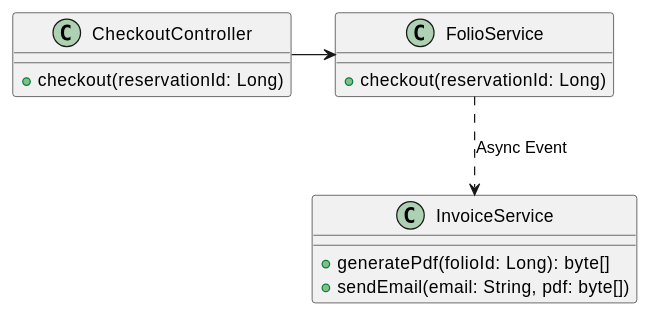
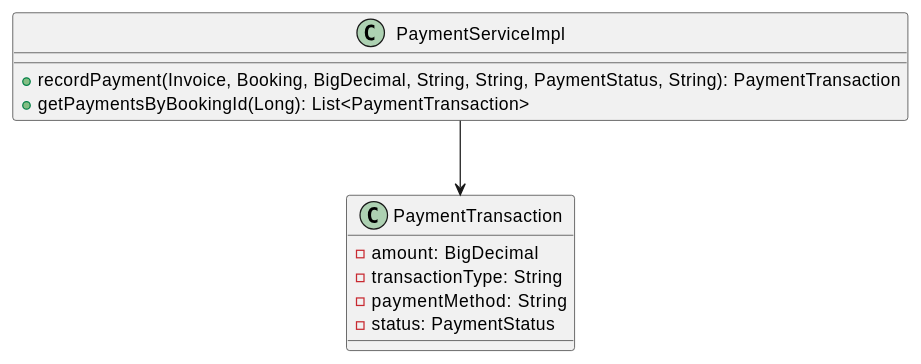
Before and after one commit to Luuxinhxinh/hoanien-resort: the first of 4 diagrams in 06-Testing/mod5_finance/uc25/EDS_uc25_SPEC.md, drawn with PlantUML. The commit also changed other lines of this file and 29 other files, not shown here.

````diff
--- a/06-Testing/mod5_finance/uc25/EDS_uc25_SPEC.md
+++ b/06-Testing/mod5_finance/uc25/EDS_uc25_SPEC.md
@@ -98,19 +78,15 @@
 ```plantuml
 @startuml
-class CheckoutController {
-  +checkout(reservationId: Long)
+class PaymentServiceImpl {
+  + recordPayment(Invoice, Booking, BigDecimal, String, String, PaymentStatus, String): PaymentTransaction
+  + getPaymentsByBookingId(Long): List<PaymentTransaction>
 }
-
-class FolioService {
-  +checkout(reservationId: Long)
+class PaymentTransaction {
+  - amount: BigDecimal
+  - transactionType: String
+  - paymentMethod: String
+  - status: PaymentStatus
 }
-
-class InvoiceService {
-  +generatePdf(folioId: Long): byte[]
-  +sendEmail(email: String, pdf: byte[])
-}
-
-CheckoutController -> FolioService
-FolioService ..> InvoiceService : Async Event
+PaymentServiceImpl --> PaymentTransaction
 @enduml
 ```
````
